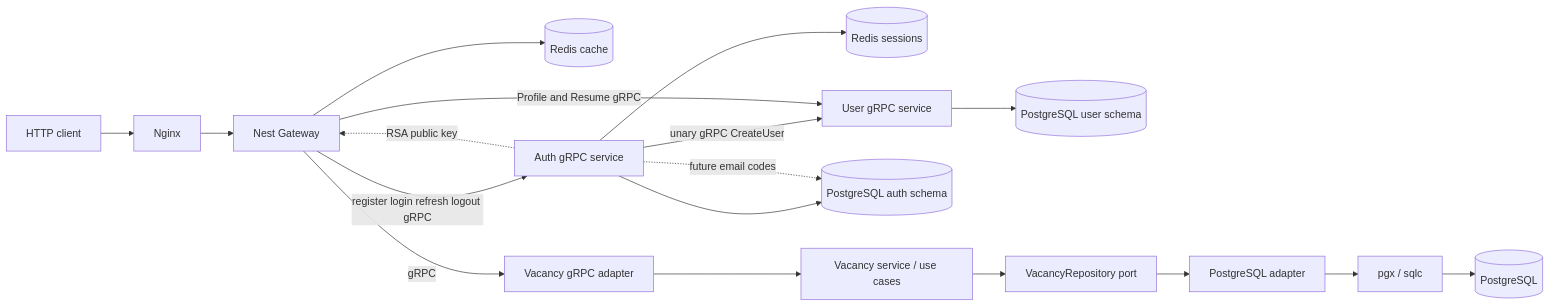
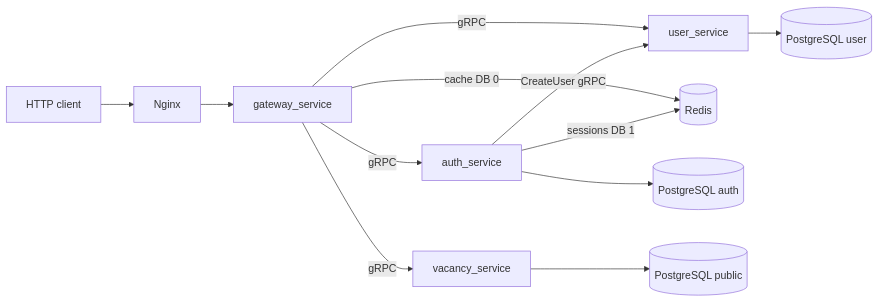
Before and after one commit to AndreyPiganov/Job_Agregator: the diagram in README.md, drawn with Mermaid. The commit also changed other lines of this file and 1 other file, not shown here.

````diff
--- a/README.md
+++ b/README.md
@@ -51,20 +42,14 @@
 ```mermaid
 flowchart LR
-    Client[HTTP client] --> Nginx[Nginx]
-    Nginx --> Gateway[Nest Gateway]
-    Gateway --> Redis[(Redis cache)]
-    Gateway -->|register login refresh logout gRPC| Auth[Auth gRPC service]
-    Auth -. RSA public key .-> Gateway
-    Auth --> AuthRedis[(Redis sessions)]
-    Auth -->|unary gRPC CreateUser| UserService[User gRPC service]
-    Gateway -->|Profile and Resume gRPC| UserService
-    UserService --> UserDB[(PostgreSQL user schema)]
-    Auth --> AuthDB[(PostgreSQL auth schema)]
-    Auth -. future email codes .-> AuthDB
-    Gateway -->|gRPC| Handler[Vacancy gRPC adapter]
-    Handler --> Service[Vacancy service / use cases]
-    Service --> Port[VacancyRepository port]
-    Port --> Repository[PostgreSQL adapter]
-    Repository --> SQLC[pgx / sqlc]
-    SQLC --> PostgreSQL[(PostgreSQL)]
+    Client[HTTP client] --> Nginx
+    Nginx --> Gateway[gateway_service]
+    Gateway -->|gRPC| Auth[auth_service]
+    Gateway -->|gRPC| User[user_service]
+    Gateway -->|gRPC| Vacancy[vacancy_service]
+    Gateway -->|cache DB 0| Redis[(Redis)]
+    Auth -->|sessions DB 1| Redis
+    Auth -->|CreateUser gRPC| User
+    Auth --> AuthDB[(PostgreSQL auth)]
+    User --> UserDB[(PostgreSQL user)]
+    Vacancy --> VacancyDB[(PostgreSQL public)]
 ```
````
